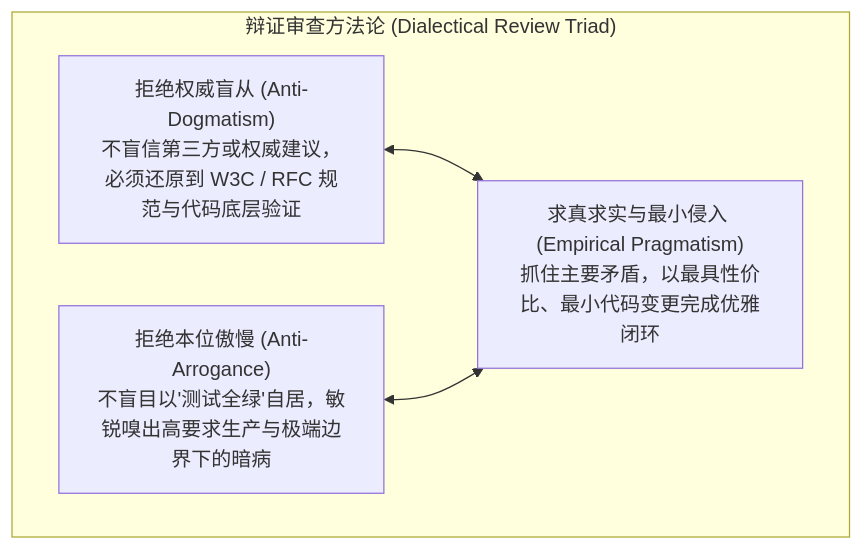
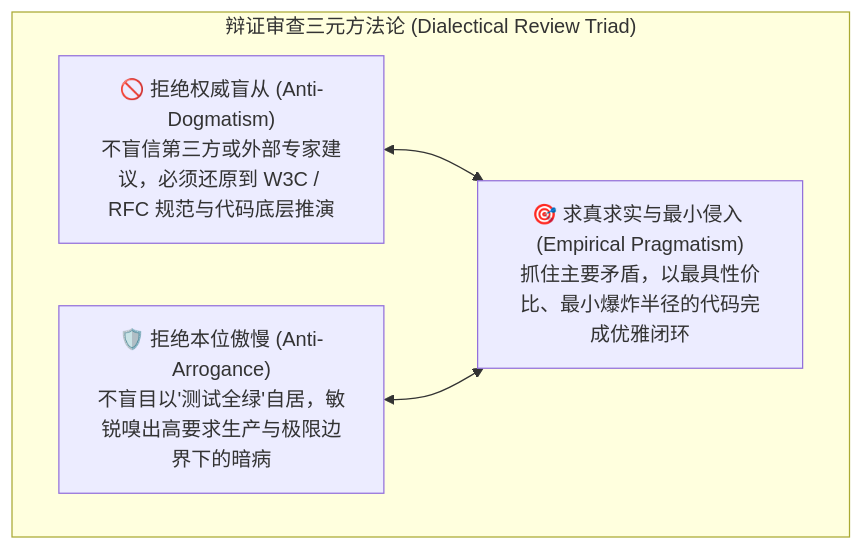
One commit to BeingNoAbility/WebRTC-Gateway changed the first of 5 diagrams in docs/REVIEW_GUIDELINES.md. Above: the diagram before and after it, drawn with Mermaid. The commit also changed other lines of this file, not shown here.

Commit message:
docs: elevate review checklist with systemic invariants and decouple machine vs human gates

````diff
--- a/docs/REVIEW_GUIDELINES.md
+++ b/docs/REVIEW_GUIDELINES.md
@@ -11,10 +11,10 @@
 ```mermaid
 flowchart TD
-    subgraph Dialectical_Methodology["辩证审查方法论 (Dialectical Review Triad)"]
-        A["拒绝权威盲从 (Anti-Dogmatism)<br/>不盲信第三方或权威建议，必须还原到 W3C / RFC 规范与代码底层验证"]
-        B["拒绝本位傲慢 (Anti-Arrogance)<br/>不盲目以'测试全绿'自居，敏锐嗅出高要求生产与极端边界下的暗病"]
-        C["求真求实与最小侵入 (Empirical Pragmatism)<br/>抓住主要矛盾，以最具性价比、最小代码变更完成优雅闭环"]
+    subgraph Dialectical_Methodology["辩证审查三元方法论 (Dialectical Review Triad)"]
+        A["🚫 拒绝权威盲从 (Anti-Dogmatism)<br/>不盲信第三方或外部专家建议，必须还原到 W3C / RFC 规范与代码底层推演"]
+        B["🛡️ 拒绝本位傲慢 (Anti-Arrogance)<br/>不盲目以'测试全绿'自居，敏锐嗅出高要求生产与极限边界下的暗病"]
+        C["🎯 求真求实与最小侵入 (Empirical Pragmatism)<br/>抓住主要矛盾，以最具性价比、最小爆炸半径的代码完成优雅闭环"]
         A <--> C
         B <--> C
     end
 ```
````
